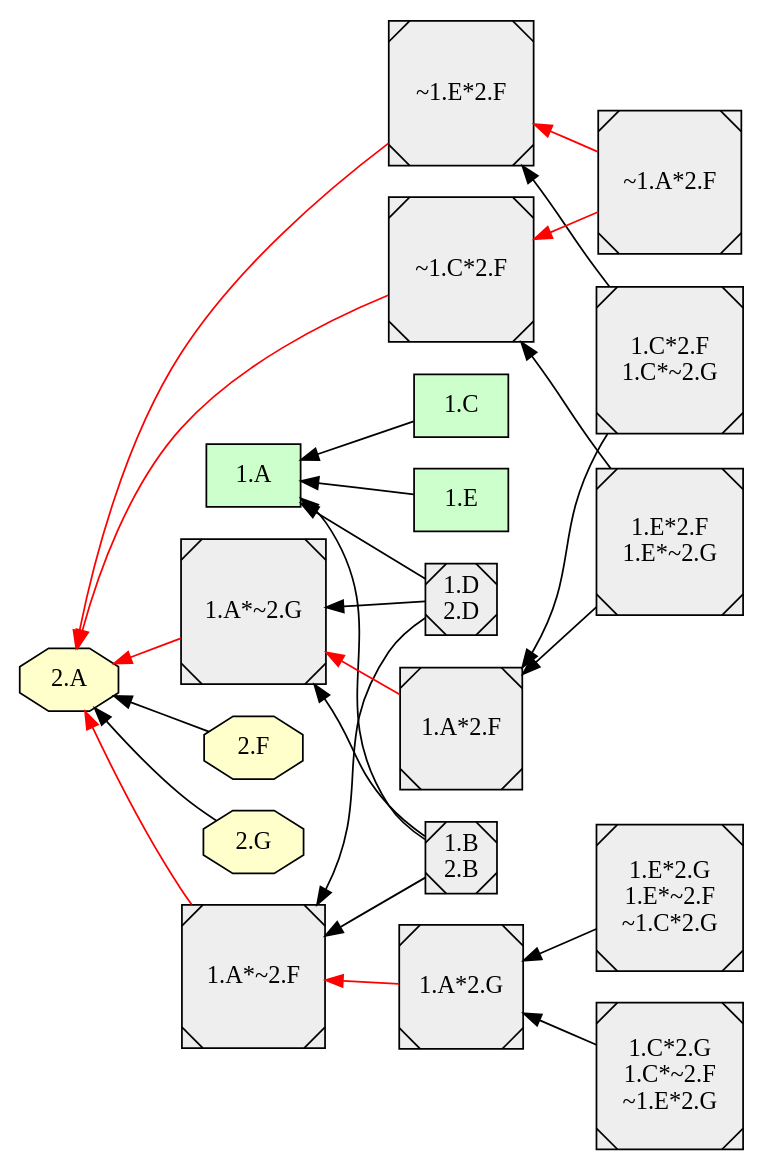
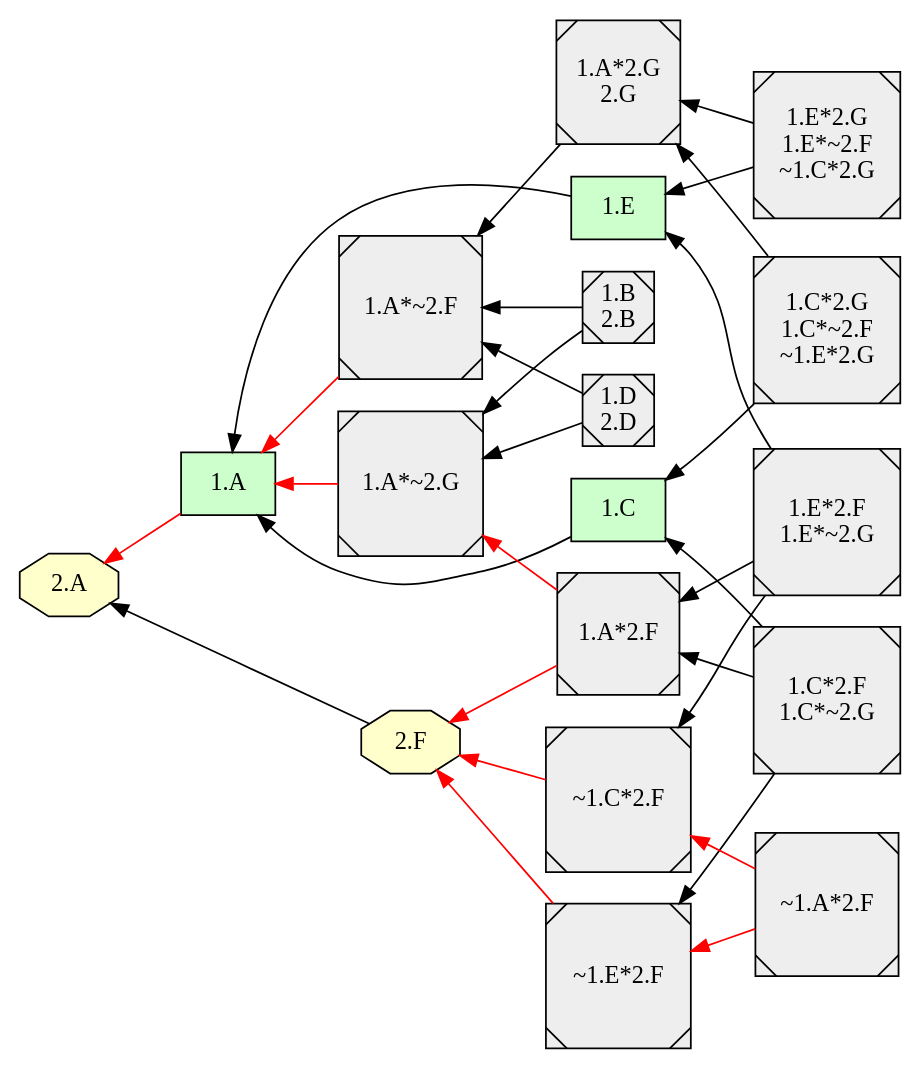
The diagram in example/abstract4/abstract4_1.dot (EulerProject/EulerX), drawn with Graphviz before and after one commit. The commit also changed 18 other files, not shown here.

```diff
--- a/example/abstract4/abstract4_1.dot
+++ b/example/abstract4/abstract4_1.dot
@@ -1,112 +1,143 @@
 digraph {
 
 rankdir = RL
 
   node [shape=box style="filled" fillcolor="#CCFFCC"]
   "1.C"
   "1.A"
   "1.E"
   "1.A"
   "1.A"
   "1.A"
+  "1.A"
+  "1.E"
+  "1.E"
+  "1.C"
+  "1.C"
+  "1.A"
+  "1.A"
+  "1.A"
+  "1.A"
+  "1.A"
+  "1.A"
+  "1.A"
   node [shape=octagon style="filled" fillcolor="#FFFFCC"]
   "2.F"
   "2.A"
-  "2.G"
+  "2.F"
+  "2.F"
+  "2.F"
   "2.A"
   "2.A"
   "2.A"
   "2.A"
   "2.A"
   "2.A"
+  "2.F"
   "2.A"
   "2.A"
-  "2.A"
-  "2.A"
-  "2.A"
+  "2.F"
   node [shape=Msquare style="filled" fillcolor="#EEEEEE"]
+  "1.A*2.G\n2.G"
   "1.B\n2.B"
+  "1.A*2.G\n2.G"
   "1.D\n2.D"
   "1.D\n2.D"
   "1.E*2.G\n1.E*~2.F\n~1.C*2.G"
   "1.E*2.F\n1.E*~2.G"
   "1.B\n2.B"
   "1.C*2.G\n1.C*~2.F\n~1.E*2.G"
   "1.C*2.F\n1.C*~2.G"
   "1.C*2.G\n1.C*~2.F\n~1.E*2.G"
+  "~1.E*2.F"
+  "~1.C*2.F"
+  "1.A*2.F"
+  "1.A*2.F"
+  "1.A*~2.G"
   "~1.A*2.F"
   "~1.C*2.F"
   "~1.A*2.F"
   "~1.E*2.F"
-  "1.A*2.F"
   "1.A*~2.G"
   "1.A*~2.F"
-  "1.A*2.G"
+  "1.A*2.G\n2.G"
   "1.A*~2.F"
-  "1.A*~2.G"
-  "~1.E*2.F"
-  "~1.C*2.F"
   "1.E*2.G\n1.E*~2.F\n~1.C*2.G"
-  "1.A*2.G"
-  "1.B\n2.B"
-  "1.B\n2.B"
-  "1.A*~2.F"
+  "1.E*2.G\n1.E*~2.F\n~1.C*2.G"
+  "1.A*2.G\n2.G"
   "1.B\n2.B"
   "1.A*~2.G"
-  "1.D\n2.D"
-  "1.D\n2.D"
+  "1.B\n2.B"
   "1.A*~2.F"
   "1.D\n2.D"
   "1.A*~2.G"
+  "1.D\n2.D"
+  "1.A*~2.F"
   "1.E*2.F\n1.E*~2.G"
   "~1.C*2.F"
   "1.E*2.F\n1.E*~2.G"
+  "1.E*2.F\n1.E*~2.G"
   "1.A*2.F"
   "1.C*2.G\n1.C*~2.F\n~1.E*2.G"
-  "1.A*2.G"
+  "1.C*2.G\n1.C*~2.F\n~1.E*2.G"
+  "1.A*2.G\n2.G"
+  "1.C*2.F\n1.C*~2.G"
+  "1.C*2.F\n1.C*~2.G"
+  "1.A*2.F"
   "1.C*2.F\n1.C*~2.G"
   "~1.E*2.F"
-  "1.C*2.F\n1.C*~2.G"
-  "1.A*2.F"
+  "1.A*2.G\n2.G"
+  "1.A*2.G\n2.G"
+  "1.E*2.G\n1.E*~2.F\n~1.C*2.G"
   "1.E*2.G\n1.E*~2.F\n~1.C*2.G"
   "1.E*2.G\n1.E*~2.F\n~1.C*2.G"
   "1.A*~2.F"
   "1.B\n2.B"
+  "1.B\n2.B"
   "1.D\n2.D"
+  "1.D\n2.D"
+  "1.E*2.F\n1.E*~2.G"
+  "1.E*2.F\n1.E*~2.G"
   "1.E*2.F\n1.E*~2.G"
   "1.E*2.F\n1.E*~2.G"
   "1.A*~2.G"
   "1.C*2.G\n1.C*~2.F\n~1.E*2.G"
   "1.C*2.G\n1.C*~2.F\n~1.E*2.G"
+  "1.C*2.G\n1.C*~2.F\n~1.E*2.G"
   "1.A*~2.F"
+  "1.C*2.F\n1.C*~2.G"
+  "1.C*2.F\n1.C*~2.G"
   "1.C*2.F\n1.C*~2.G"
   "1.C*2.F\n1.C*~2.G"
   "1.A*~2.G"
   "1.C" -> "1.A" [style=filled, color=black];
   "1.E" -> "1.A" [style=filled, color=black];
   "2.F" -> "2.A" [style=filled, color=black];
-  "2.G" -> "2.A" [style=filled, color=black];
+  "~1.E*2.F" -> "2.F" [style=filled, color=red];
+  "~1.C*2.F" -> "2.F" [style=filled, color=red];
+  "1.A*2.F" -> "2.F" [style=filled, color=red];
+  "1.A*2.F" -> "1.A*~2.G" [style=filled, color=red];
   "~1.A*2.F" -> "~1.C*2.F" [style=filled, color=red];
   "~1.A*2.F" -> "~1.E*2.F" [style=filled, color=red];
-  "1.A*2.F" -> "1.A*~2.G" [style=filled, color=red];
-  "1.A*~2.F" -> "2.A" [style=filled, color=red];
-  "1.A*2.G" -> "1.A*~2.F" [style=filled, color=red];
-  "1.A*~2.G" -> "2.A" [style=filled, color=red];
-  "~1.E*2.F" -> "2.A" [style=filled, color=red];
-  "~1.C*2.F" -> "2.A" [style=filled, color=red];
-  "1.E*2.G\n1.E*~2.F\n~1.C*2.G" -> "1.A*2.G" [style=filled, color=black];
-  "1.B\n2.B" -> "1.A" [style=filled, color=black];
+  "1.A" -> "2.A" [style=filled, color=red];
+  "1.A*~2.G" -> "1.A" [style=filled, color=red];
+  "1.A*~2.F" -> "1.A" [style=filled, color=red];
+  "1.A*2.G\n2.G" -> "1.A*~2.F" [style=filled, color=black];
+  "1.E*2.G\n1.E*~2.F\n~1.C*2.G" -> "1.E" [style=filled, color=black];
+  "1.E*2.G\n1.E*~2.F\n~1.C*2.G" -> "1.A*2.G\n2.G" [style=filled, color=black];
+  "1.B\n2.B" -> "1.A*~2.G" [style=filled, color=black];
   "1.B\n2.B" -> "1.A*~2.F" [style=filled, color=black];
-  "1.B\n2.B" -> "1.A*~2.G" [style=filled, color=black];
-  "1.D\n2.D" -> "1.A" [style=filled, color=black];
+  "1.D\n2.D" -> "1.A*~2.G" [style=filled, color=black];
   "1.D\n2.D" -> "1.A*~2.F" [style=filled, color=black];
-  "1.D\n2.D" -> "1.A*~2.G" [style=filled, color=black];
   "1.E*2.F\n1.E*~2.G" -> "~1.C*2.F" [style=filled, color=black];
+  "1.E*2.F\n1.E*~2.G" -> "1.E" [style=filled, color=black];
   "1.E*2.F\n1.E*~2.G" -> "1.A*2.F" [style=filled, color=black];
-  "1.C*2.G\n1.C*~2.F\n~1.E*2.G" -> "1.A*2.G" [style=filled, color=black];
+  "1.C*2.G\n1.C*~2.F\n~1.E*2.G" -> "1.C" [style=filled, color=black];
+  "1.C*2.G\n1.C*~2.F\n~1.E*2.G" -> "1.A*2.G\n2.G" [style=filled, color=black];
+  "1.C*2.F\n1.C*~2.G" -> "1.C" [style=filled, color=black];
+  "1.C*2.F\n1.C*~2.G" -> "1.A*2.F" [style=filled, color=black];
   "1.C*2.F\n1.C*~2.G" -> "~1.E*2.F" [style=filled, color=black];
-  "1.C*2.F\n1.C*~2.G" -> "1.A*2.F" [style=filled, color=black];
   subgraph cluster_lg {
     rankdir = LR
   }
 }
```
